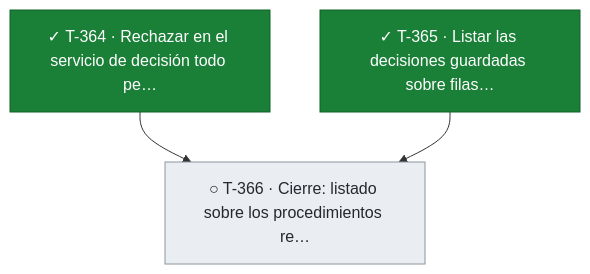
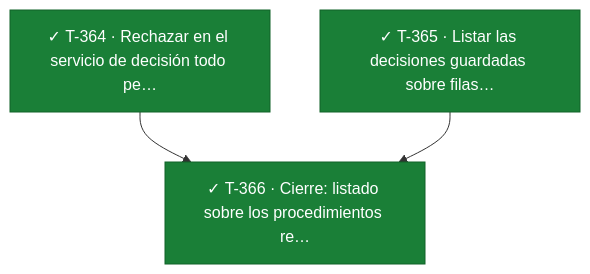
Diagram 27 of 27 in docs/tablero.md (snavello/EVALUON), drawn with Mermaid before and after one commit. The commit also changed other lines of this file and 1 other file, not shown here.

Commit message:
gestión: T-366 terminada (cierre de la 019: suite completa y listado real); tablero

````diff
--- a/docs/tablero.md
+++ b/docs/tablero.md
@@ -2041,13 +2041,13 @@
 ```mermaid
 flowchart TD
   T364["✓ T-364 · Rechazar en el servicio de decisión todo pe…"]:::done
   T365["✓ T-365 · Listar las decisiones guardadas sobre filas…"]:::done
-  T366["○ T-366 · Cierre: listado sobre los procedimientos re…"]:::todo
+  T366["✓ T-366 · Cierre: listado sobre los procedimientos re…"]:::done
   T364 --> T366
   T365 --> T366
   classDef done fill:#1a7f37,stroke:#116329,color:#ffffff
   classDef review fill:#0969da,stroke:#0550ae,color:#ffffff
   classDef active fill:#bf8700,stroke:#7d4e00,color:#ffffff
   classDef blocked fill:#cf222e,stroke:#a40e26,color:#ffffff
   classDef todo fill:#eaeef2,stroke:#8c959f,color:#24292f
 ```
````
